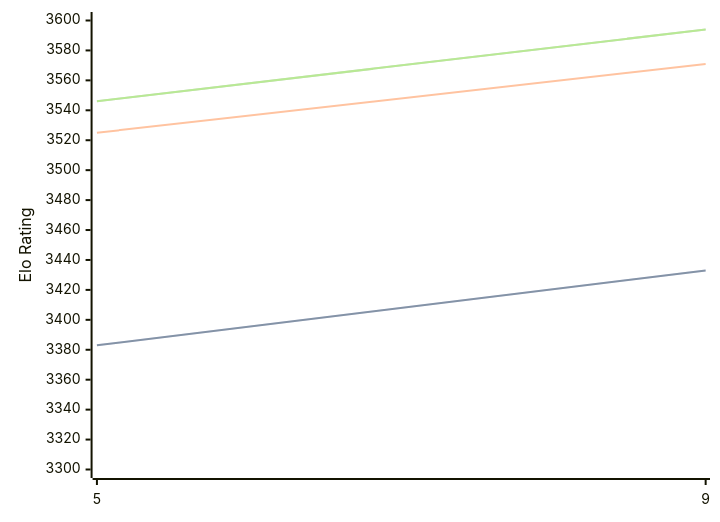
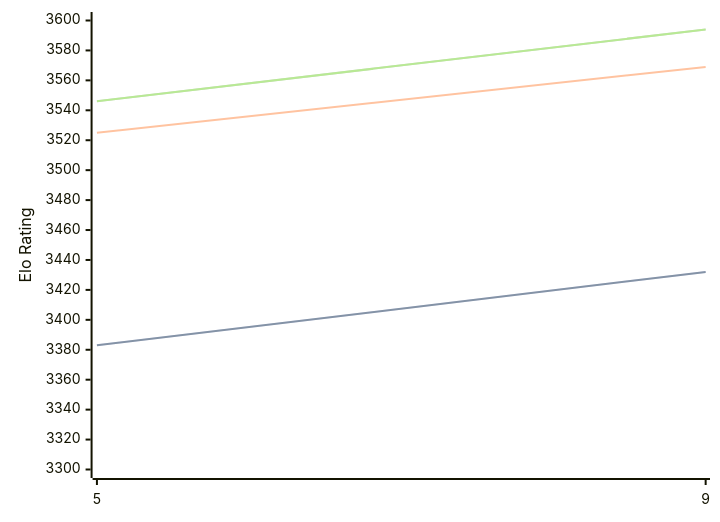
Before and after one commit to computer-chess-index/cci: the diagram in engines/Crystal.md, drawn with Mermaid. The commit also changed other lines of this file, not shown here.

````diff
--- a/engines/Crystal.md
+++ b/engines/Crystal.md
@@ -32,11 +32,11 @@
 ```mermaid
 %%{init: {"theme":"base","themeVariables":{"seriesColors:['#a3a3a3','#222221','#faa371']}}}%%
 xychart-beta
   x-axis ["5", "9"]
   y-axis "Elo Rating" 3300 --> 3600
-  line "" [3383, 3433]
-  line "STC (8.0+0.08s)" [3383, 3433]
-  line "LTC (60.0+0.60s)" [3525, 3571]
+  line "" [3383, 3432]
+  line "STC (8.0+0.08s)" [3383, 3432]
+  line "LTC (60.0+0.60s)" [3525, 3569]
   line "" [3546, 3594]
   line "VLTC (2m24s+1.12s)" [3546, 3594]
 ```
````
